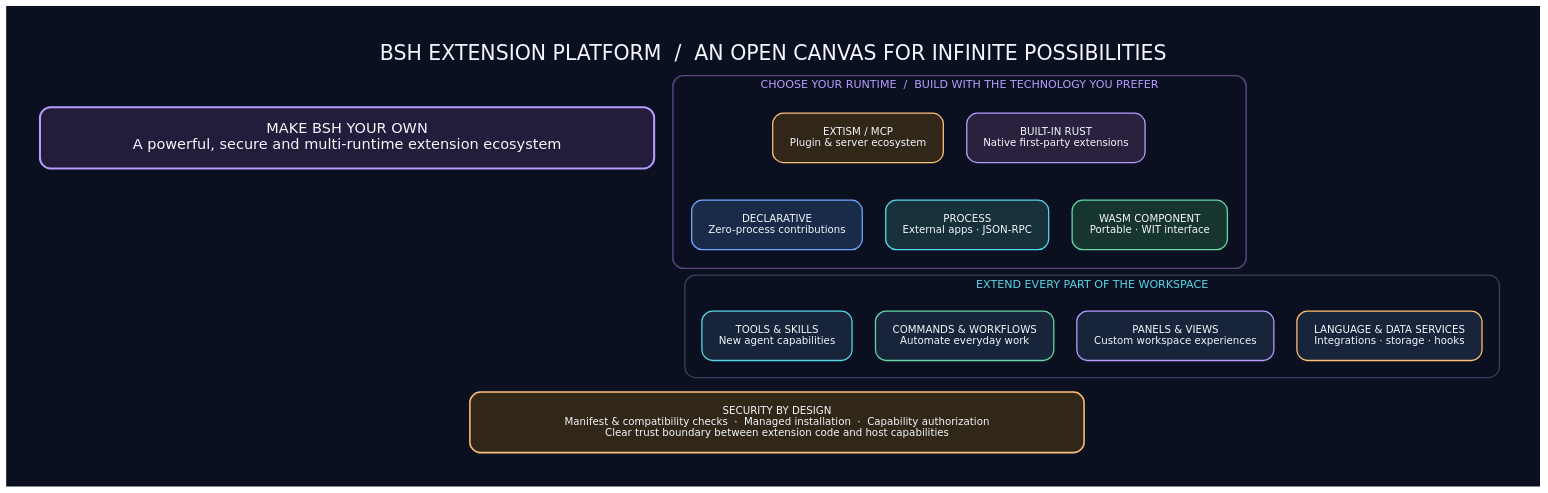
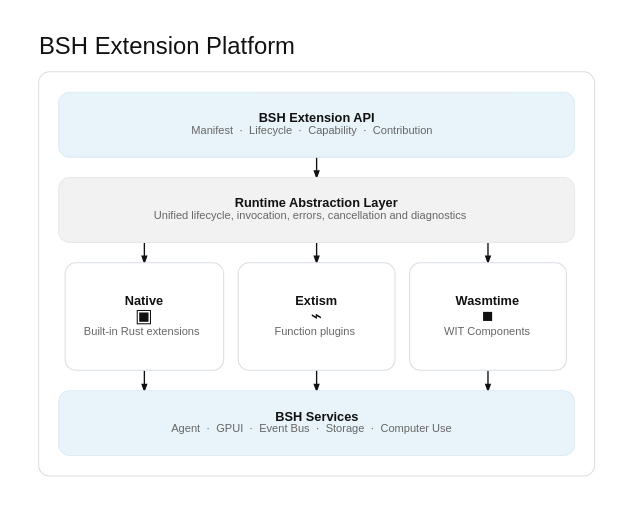
One commit to open1s/bos changed the diagram in docs/diagrams/extension-lifecycle.dot. Above: the diagram before and after it, drawn with Graphviz. The commit also changed 2 other files, not shown here.

Commit message:
docs: adopt light layered architecture diagram style (#84)
* docs: adopt light layered architecture diagram style

* docs: adopt light layered architecture diagram style

* docs: adopt light layered architecture diagram style

```diff
--- a/docs/diagrams/extension-lifecycle.dot
+++ b/docs/diagrams/extension-lifecycle.dot
@@ -1,23 +1,55 @@
 digraph ExtensionPlatform {
- graph [bgcolor="#0B1020",pad="0.55",rankdir=TB,nodesep="0.38",ranksep="0.52",splines=none,newrank=true,outputorder=edgesfirst,fontname="DejaVu Sans",label="BSH EXTENSION PLATFORM  /  AN OPEN CANVAS FOR INFINITE POSSIBILITIES",labelloc=t,fontsize=24,fontcolor="#F3F6FC"];
- node [shape=box,style="rounded,filled",fontname="DejaVu Sans",fontsize=12,margin="0.28,0.22",color="#405575",fillcolor="#17243A",fontcolor="#F3F6FC",penwidth=1.5];
- edge [style=invis,weight=30];
- hero [label="MAKE BSH YOUR OWN\nA powerful, secure and multi-runtime extension ecosystem",fontsize=17,width=10.0,height=1.0,fillcolor="#241C3B",color="#B69CFF",penwidth=2.4];
- subgraph cluster_runtimes {label="CHOOSE YOUR RUNTIME  /  BUILD WITH THE TECHNOLOGY YOU PREFER";labelloc=t;fontsize=13;fontcolor="#B69CFF";color="#59477C";style="rounded";penwidth=1.7;margin=22;
- declarative [label="DECLARATIVE\nZero-process contributions",color="#6EA8FE",fillcolor="#192B48"];
- process [label="PROCESS\nExternal apps · JSON-RPC",color="#55D6E8",fillcolor="#17313A"];
- wasm [label="WASM COMPONENT\nPortable · WIT interface",color="#67D6A3",fillcolor="#17352F"];
- extism [label="EXTISM / MCP\nPlugin & server ecosystem",color="#FFBE78",fillcolor="#302719"];
- builtin [label="BUILT-IN RUST\nNative first-party extensions",color="#B69CFF",fillcolor="#29213E"];
- {rank=same;declarative;process;wasm;} {rank=same;extism;builtin;} declarative -> process -> wasm; extism -> builtin;
- }
- subgraph cluster_contributions {label="EXTEND EVERY PART OF THE WORKSPACE";labelloc=t;fontsize=13;fontcolor="#55D6E8";color="#34445F";style="rounded";penwidth=1.5;margin=20;
- tools [label="TOOLS & SKILLS\nNew agent capabilities",color="#55D6E8"];
- commands [label="COMMANDS & WORKFLOWS\nAutomate everyday work",color="#67D6A3"];
- panels [label="PANELS & VIEWS\nCustom workspace experiences",color="#B69CFF"];
- services [label="LANGUAGE & DATA SERVICES\nIntegrations · storage · hooks",color="#FFBE78"];
- {rank=same;tools;commands;panels;services;} tools -> commands -> panels -> services;
- }
- trust [label="SECURITY BY DESIGN\nManifest & compatibility checks  ·  Managed installation  ·  Capability authorization\nClear trust boundary between extension code and host capabilities",fillcolor="#302719",color="#FFBE78",penwidth=1.8,fontsize=12,width=10.0];
- hero -> declarative; declarative -> tools; tools -> trust;
+  graph [
+    bgcolor="#FFFFFF", pad="0.42", rankdir=TB, nodesep="0.24", ranksep="0.34",
+    splines=ortho, outputorder=edgesfirst, fontname="Arial",
+    label="BSH Extension Platform", labelloc=t, labeljust=l,
+    fontsize=28, fontcolor="#111111"
+  ];
+  node [
+    shape=box, style="rounded,filled", fontname="Arial",
+    fontsize=15, margin="0.30,0.22", color="#D9DDE2",
+    fillcolor="#FFFFFF", fontcolor="#111111", penwidth=1.2
+  ];
+  edge [color="#111111", penwidth=1.6, arrowsize=0.75, arrowhead=normal];
+
+  subgraph cluster_platform {
+    label=""; color="#D9DDE2"; penwidth=1.2; style="rounded"; margin=24;
+
+    api [
+      label=<<B>BSH Extension API</B><BR/><FONT POINT-SIZE="13" COLOR="#666666">Manifest  ·  Lifecycle  ·  Capability  ·  Contribution</FONT>>,
+      fillcolor="#E8F3FA", color="#DDEBF4", width=8.4, height=1.05
+    ];
+
+    runtime [
+      label=<<B>Runtime Abstraction Layer</B><BR/><FONT POINT-SIZE="13" COLOR="#666666">Unified lifecycle, invocation, errors, cancellation and diagnostics</FONT>>,
+      fillcolor="#F2F2F2", color="#E8E8E8", width=8.4, height=1.05
+    ];
+
+    native [
+      label=<<B>Native</B><BR/><FONT POINT-SIZE="22">▣</FONT><BR/><FONT POINT-SIZE="13" COLOR="#666666">Built-in Rust extensions</FONT>>,
+      width=2.55, height=1.75
+    ];
+    extism [
+      label=<<B>Extism</B><BR/><FONT POINT-SIZE="22">⌁</FONT><BR/><FONT POINT-SIZE="13" COLOR="#666666">Function plugins</FONT>>,
+      width=2.55, height=1.75
+    ];
+    wasmtime [
+      label=<<B>Wasmtime</B><BR/><FONT POINT-SIZE="22">■</FONT><BR/><FONT POINT-SIZE="13" COLOR="#666666">WIT Components</FONT>>,
+      width=2.55, height=1.75
+    ];
+
+    services [
+      label=<<B>BSH Services</B><BR/><FONT POINT-SIZE="13" COLOR="#666666">Agent  ·  GPUI  ·  Event Bus  ·  Storage  ·  Computer Use</FONT>>,
+      fillcolor="#E8F3FA", color="#DDEBF4", width=8.4, height=1.05
+    ];
+
+    {rank=same; native; extism; wasmtime;}
+    api -> runtime;
+    runtime -> native;
+    runtime -> extism;
+    runtime -> wasmtime;
+    native -> services;
+    extism -> services;
+    wasmtime -> services;
+  }
 }
```
